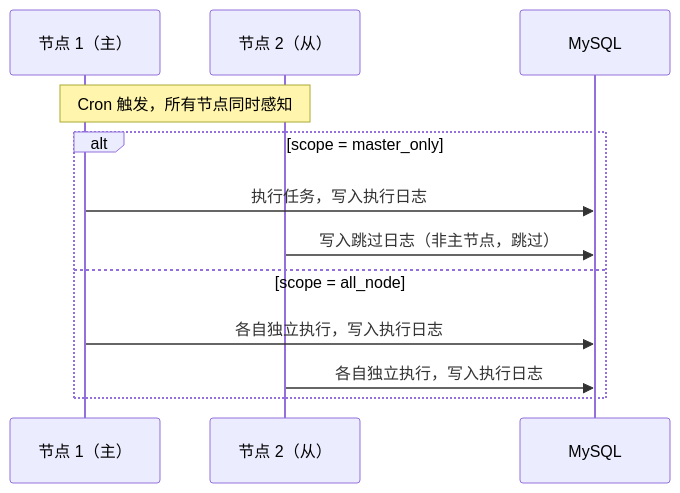
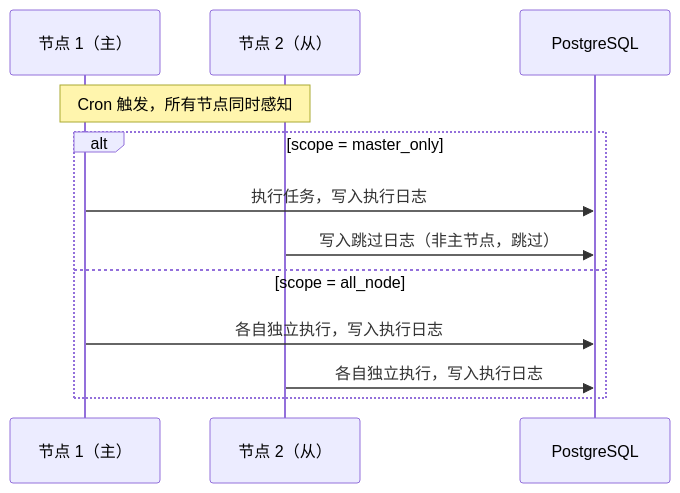
The diagram in apps/lina-site/docs/docs/4000-features/3000-scheduled-tasks.md (linaproai/linapro-site), drawn with Mermaid before and after one commit. The commit also changed 18 other files, not shown here.

````diff
--- a/apps/lina-site/docs/docs/4000-features/3000-scheduled-tasks.md
+++ b/apps/lina-site/docs/docs/4000-features/3000-scheduled-tasks.md
@@ -138,16 +138,16 @@
 ```mermaid
 sequenceDiagram
     participant N1 as 节点 1（主）
     participant N2 as 节点 2（从）
-    participant DB as MySQL
+    participant DB as PostgreSQL
 
     Note over N1,N2: Cron 触发，所有节点同时感知
 
     alt scope = master_only
         N1->>DB: 执行任务，写入执行日志
         N2->>DB: 写入跳过日志（非主节点，跳过）
     else scope = all_node
         N1->>DB: 各自独立执行，写入执行日志
         N2->>DB: 各自独立执行，写入执行日志
     end
 ```
````
